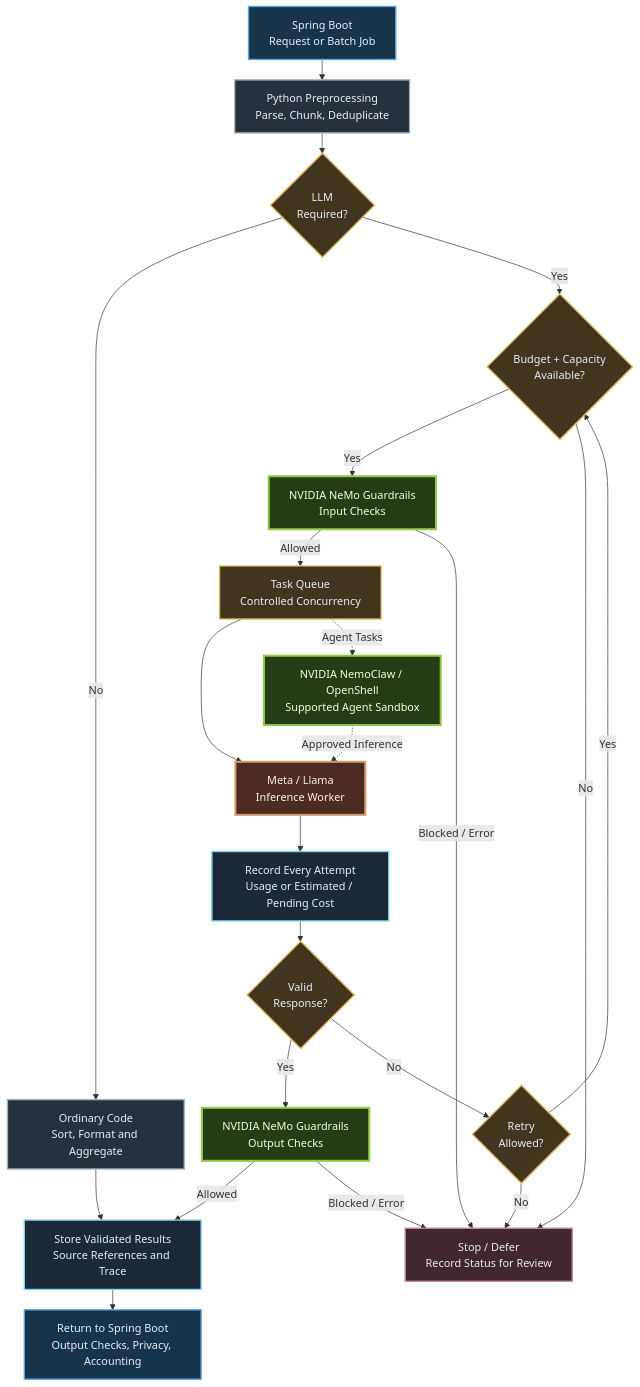
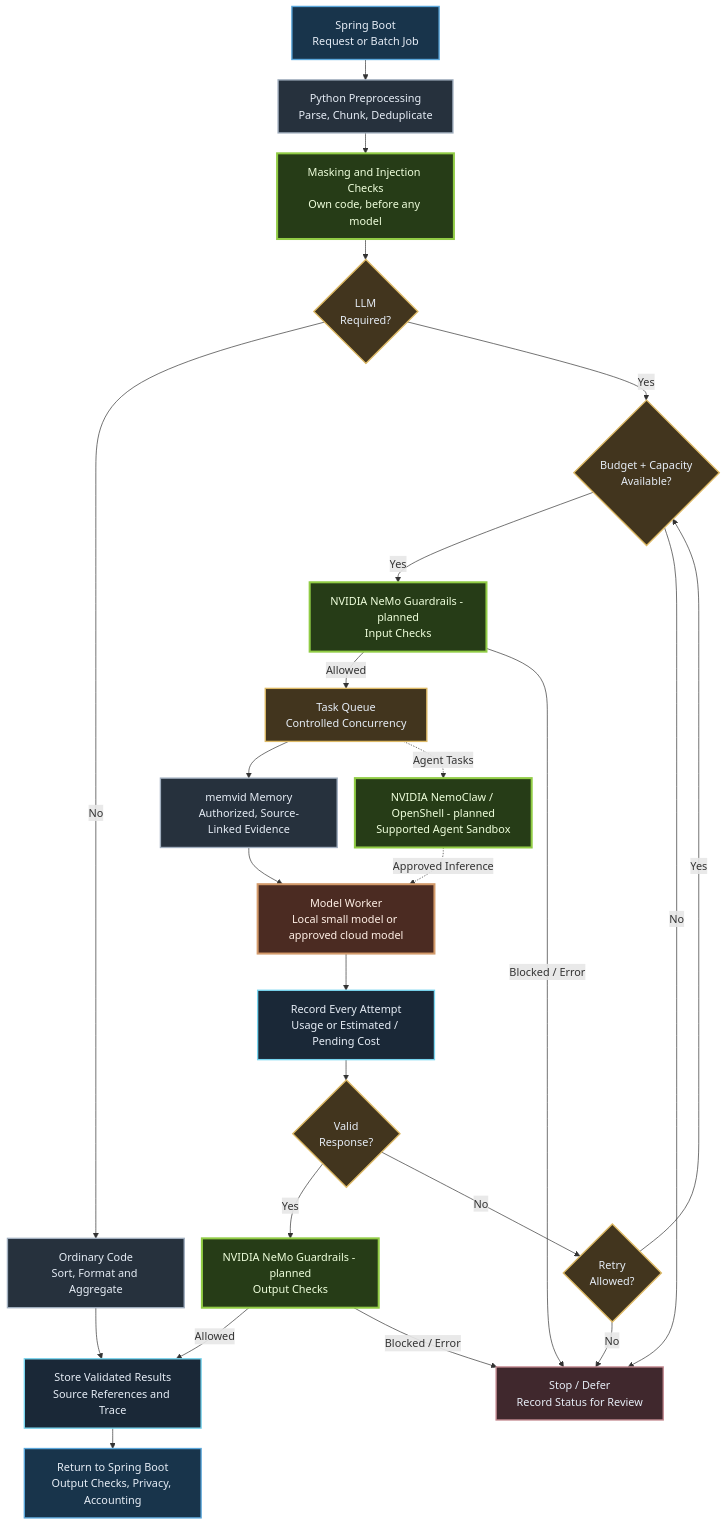
The diagram in assets/diagrams/orchestration-runtime-dark.mmd (ai-agent-orchestrator/ai-multi-agent-orchestration), drawn with Mermaid before and after one commit. The commit also changed 5 other files, not shown here.

First line of the commit message:
docs: 초기 아키텍처 다이어그램을 현재 설계에 맞게 갱신

```diff
--- a/assets/diagrams/orchestration-runtime-dark.mmd
+++ b/assets/diagrams/orchestration-runtime-dark.mmd
@@ -1,52 +1,55 @@
 %%{init: {"flowchart": {"rankSpacing": 30, "nodeSpacing": 26}}}%%
 flowchart TB
     Start["Spring Boot<br/>Request or Batch Job"]
     Prepare["Python Preprocessing<br/>Parse, Chunk, Deduplicate"]
+    Mask["Masking and Injection Checks<br/>Own code, before any model"]
     Type{"LLM<br/>Required?"}
     Code["Ordinary Code<br/>Sort, Format and Aggregate"]
     Gate{"Budget + Capacity<br/>Available?"}
     Queue["Task Queue<br/>Controlled Concurrency"]
-    InputRails["NVIDIA NeMo Guardrails<br/>Input Checks"]
-    Sandbox["NVIDIA NemoClaw / OpenShell<br/>Supported Agent Sandbox"]
-    Worker["Meta / Llama<br/>Inference Worker"]
+    InputRails["NVIDIA NeMo Guardrails - planned<br/>Input Checks"]
+    Sandbox["NVIDIA NemoClaw / OpenShell - planned<br/>Supported Agent Sandbox"]
+    Memory["memvid Memory<br/>Authorized, Source-Linked Evidence"]
+    Worker["Model Worker<br/>Local small model or approved cloud model"]
     Usage["Record Every Attempt<br/>Usage or Estimated / Pending Cost"]
     Check{"Valid<br/>Response?"}
     Retry{"Retry<br/>Allowed?"}
     Review["Stop / Defer<br/>Record Status for Review"]
     Save["Store Validated Results<br/>Source References and Trace"]
-    OutputRails["NVIDIA NeMo Guardrails<br/>Output Checks"]
+    OutputRails["NVIDIA NeMo Guardrails - planned<br/>Output Checks"]
     Return["Return to Spring Boot<br/>Output Checks, Privacy, Accounting"]
 
-    Start --> Prepare --> Type
+    Start --> Prepare --> Mask --> Type
     Type -->|"No"| Code
     Code --> Save
     Type -->|"Yes"| Gate
     Gate -->|"Yes"| InputRails
     InputRails -->|"Allowed"| Queue
     InputRails -->|"Blocked / Error"| Review
     Gate -->|"No"| Review
-    Queue --> Worker --> Usage --> Check
+    Queue --> Memory --> Worker --> Usage --> Check
     Queue -.->|"Agent Tasks"| Sandbox
     Sandbox -.->|"Approved Inference"| Worker
     Check -->|"Yes"| OutputRails
     OutputRails -->|"Allowed"| Save
     OutputRails -->|"Blocked / Error"| Review
     Check -->|"No"| Retry
     Retry -->|"Yes"| Gate
     Retry -->|"No"| Review
     Save --> Return
 
     classDef engineering fill:#18344b,stroke:#5ba7db,stroke-width:2px,color:#e6edf6
     classDef python fill:#26313d,stroke:#a1afbf,stroke-width:2px,color:#e6edf6
     classDef nvidia fill:#263c17,stroke:#91cc45,stroke-width:3px,color:#efffdc
     classDef worker fill:#4b2b22,stroke:#d39a6a,stroke-width:3px,color:#fff0e6
     classDef control fill:#42351e,stroke:#ddb965,stroke-width:2px,color:#e6edf6
     classDef result fill:#1a2837,stroke:#78d5ef,stroke-width:2px,color:#e6edf6
     classDef stop fill:#40282d,stroke:#c58b92,stroke-width:2px,color:#e6edf6
     class Start,Return engineering
-    class Prepare,Code python
+    class Prepare,Code,Memory python
+    class Mask nvidia
     class InputRails,OutputRails,Sandbox nvidia
     class Type,Gate,Queue,Check,Retry control
     class Worker worker
     class Usage,Save result
     class Review stop
```
